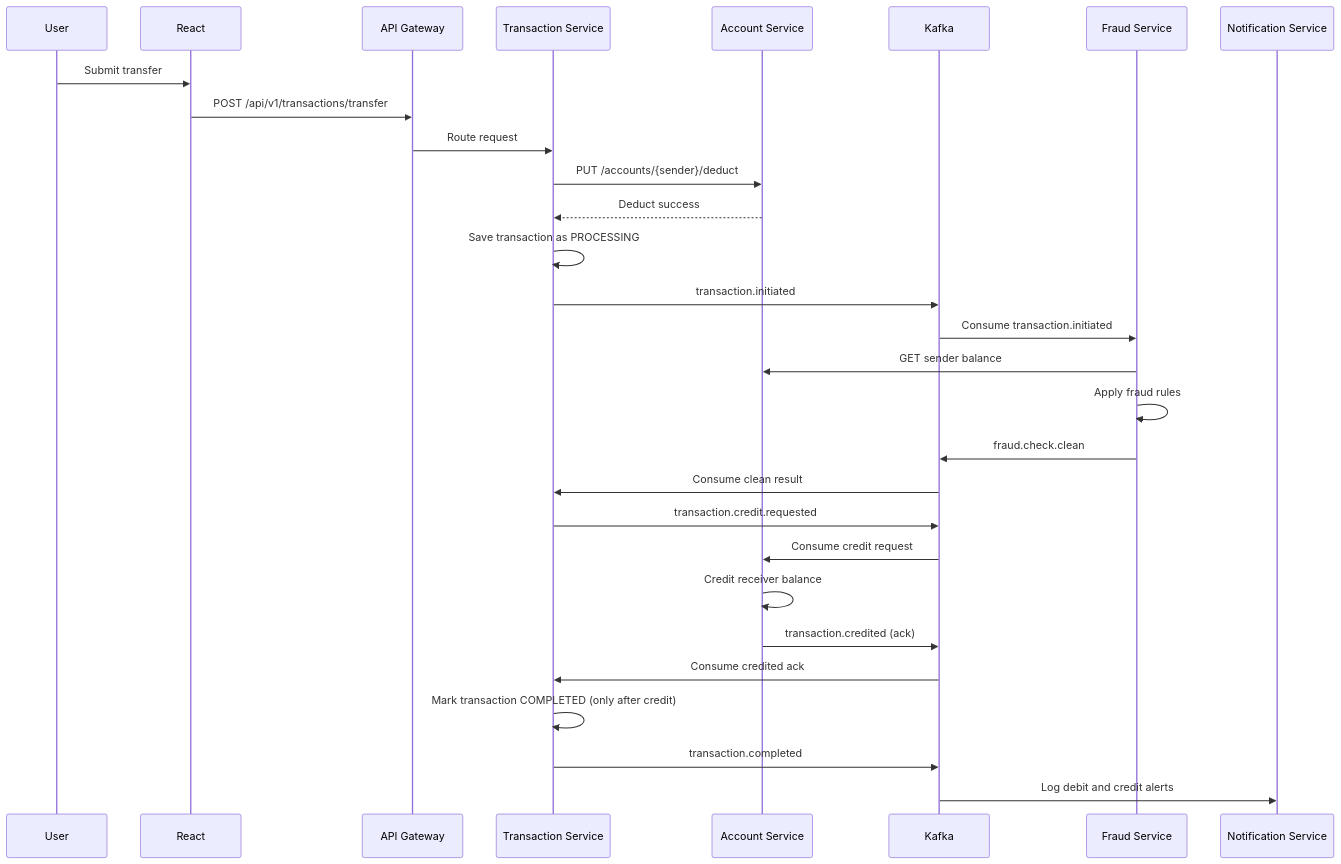
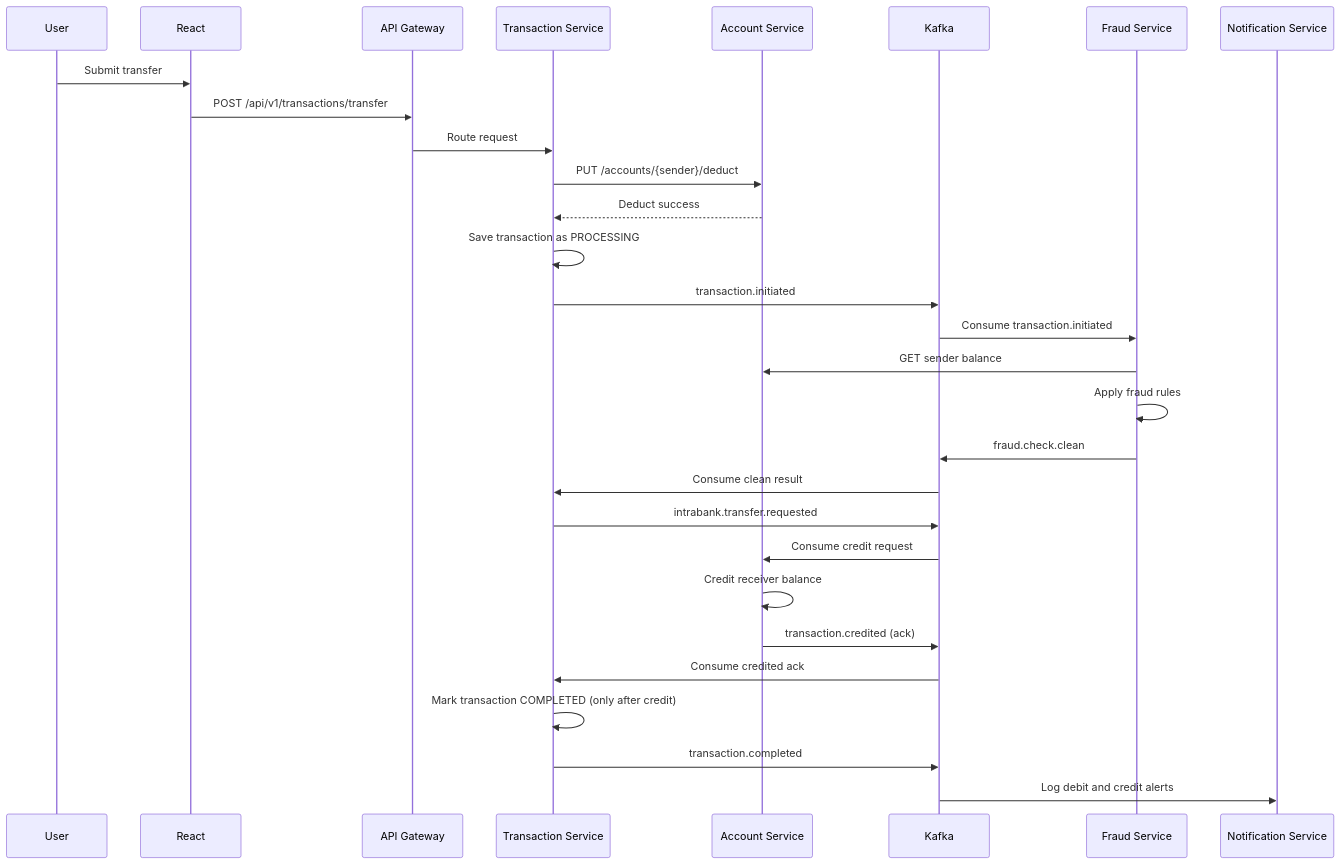
The third of 7 diagrams in README.md (Mohit-R-04/DigitalBankingSystem), drawn with Mermaid before and after one commit. The commit also changed other lines of this file and 29 other files, not shown here.

````diff
--- a/README.md
+++ b/README.md
@@ -353,32 +353,32 @@
 ```mermaid
 sequenceDiagram
     participant U as User
     participant F as React
     participant G as API Gateway
     participant T as Transaction Service
     participant A as Account Service
     participant K as Kafka
     participant FR as Fraud Service
     participant N as Notification Service
 
     U->>F: Submit transfer
     F->>G: POST /api/v1/transactions/transfer
     G->>T: Route request
     T->>A: PUT /accounts/{sender}/deduct
     A-->>T: Deduct success
     T->>T: Save transaction as PROCESSING
     T->>K: transaction.initiated
     K->>FR: Consume transaction.initiated
     FR->>A: GET sender balance
     FR->>FR: Apply fraud rules
     FR->>K: fraud.check.clean
     K->>T: Consume clean result
-    T->>K: transaction.credit.requested
+    T->>K: intrabank.transfer.requested
     K->>A: Consume credit request
     A->>A: Credit receiver balance
     A->>K: transaction.credited (ack)
     K->>T: Consume credited ack
     T->>T: Mark transaction COMPLETED (only after credit)
     T->>K: transaction.completed
     K->>N: Log debit and credit alerts
 ```
````
